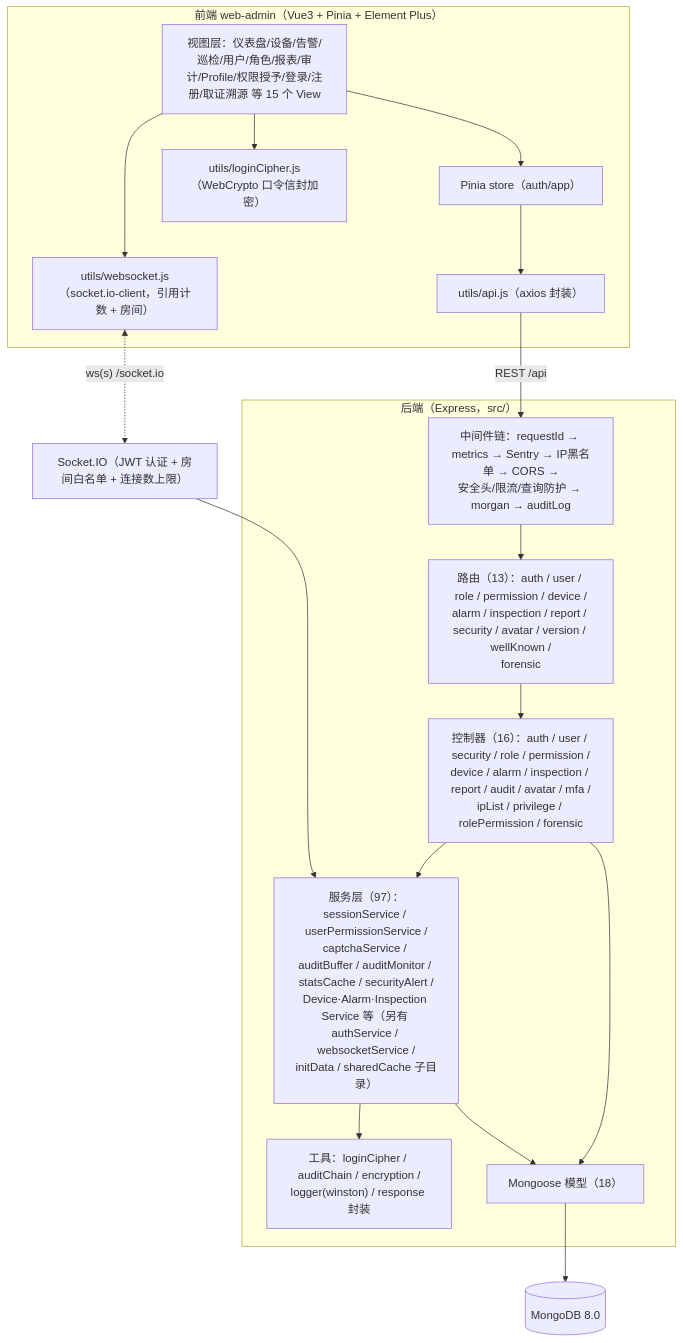
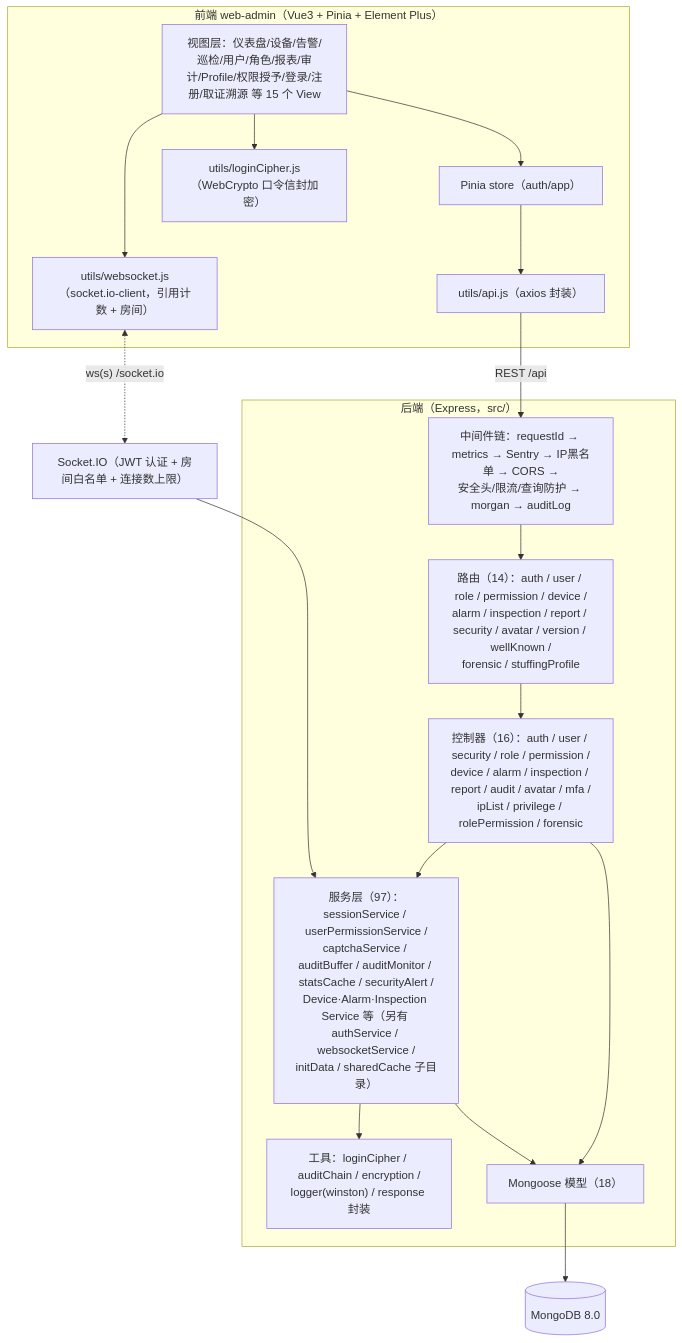
Before and after one commit to qmzzzzz/fsms: the first of 4 diagrams in docs/architecture.md, drawn with Mermaid. The commit also changed 172 other files, not shown here.

````diff
--- a/docs/architecture.md
+++ b/docs/architecture.md
@@ -10,34 +10,34 @@
 ```mermaid
 flowchart TB
   subgraph Client["前端 web-admin（Vue3 + Pinia + Element Plus）"]
     Views["视图层：仪表盘/设备/告警/巡检/用户/角色/报表/审计/Profile/权限授予/登录/注册/取证溯源 等 15 个 View"]
     Store["Pinia store（auth/app）"]
     Api["utils/api.js（axios 封装）"]
     Ws["utils/websocket.js（socket.io-client，引用计数 + 房间）"]
     Cipher["utils/loginCipher.js（WebCrypto 口令信封加密）"]
   end
 
   subgraph Backend["后端（Express，src/）"]
     MW["中间件链：requestId → metrics → Sentry → IP黑名单 → CORS →\n安全头/限流/查询防护 → morgan → auditLog"]
-    Routes["路由（13）：auth / user / role / permission / device /\nalarm / inspection / report / security / avatar / version / wellKnown /\nforensic"]
+    Routes["路由（14）：auth / user / role / permission / device /\nalarm / inspection / report / security / avatar / version / wellKnown /\nforensic / stuffingProfile"]
     Ctrl["控制器（16）：auth / user / security / role / permission /\ndevice / alarm / inspection / report / audit / avatar / mfa /\nipList / privilege / rolePermission / forensic"]
     Svc["服务层（97）：sessionService / userPermissionService /\ncaptchaService / auditBuffer / auditMonitor / statsCache / securityAlert /\nDevice·Alarm·Inspection Service 等（另有 authService / websocketService /\ninitData / sharedCache 子目录）"]
     Utils["工具：loginCipher / auditChain / encryption /\nlogger(winston) / response 封装"]
     Models["Mongoose 模型（18）"]
   end
 
   Mongo[("MongoDB 8.0")]
   Socket["Socket.IO（JWT 认证 + 房间白名单 + 连接数上限）"]
 
   Views --> Store --> Api
   Views --> Ws
   Views --> Cipher
   Api -- "REST /api" --> MW --> Routes --> Ctrl
   Ctrl --> Svc
   Ctrl --> Models
   Svc --> Models
   Svc --> Utils
   Ws <-. "ws(s) /socket.io" .-> Socket
   Socket --> Svc
   Models --> Mongo
 ```
````
